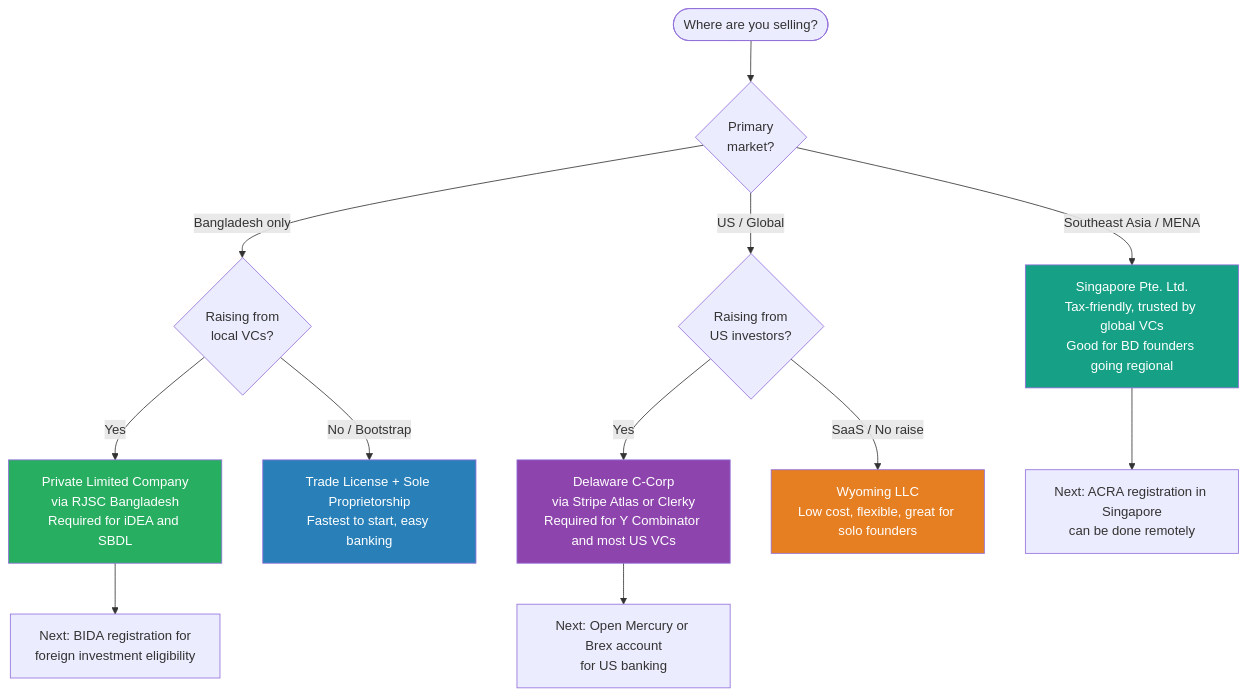
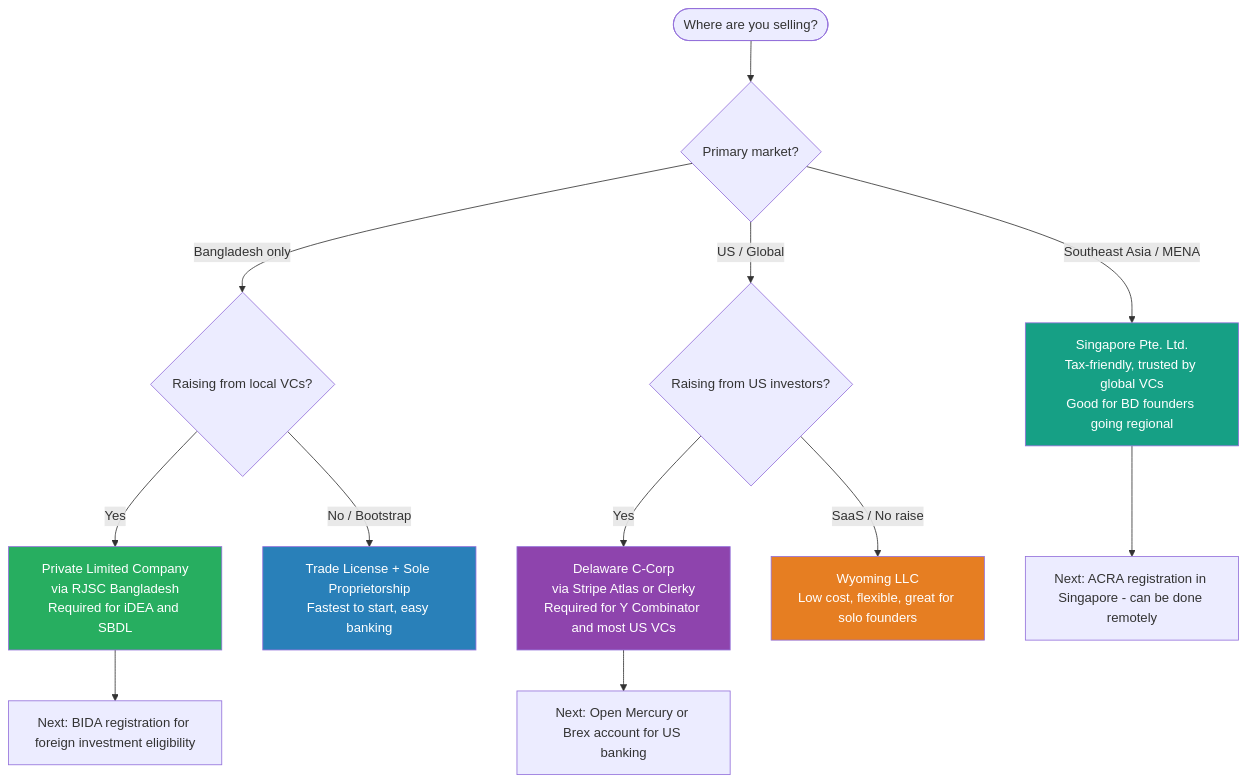
One commit to Mahir101/startup-boot changed diagram 15 of 18 in README.md. Above: the diagram before and after it, drawn with Mermaid. The commit also changed other lines of this file, not shown here.

Commit message:
fix formatting issues in decision tree flowchart and improve readability in README

````diff
--- a/README.md
+++ b/README.md
@@ -566,24 +566,24 @@
 ```mermaid
 flowchart TD
-    Start([Where are you selling?]) --> Q1{Primary\nmarket?}
+    Start([Where are you selling?]) --> Q1{Primary market?}
 
-    Q1 -->|Bangladesh only| Q2{Raising from\nlocal VCs?}
-    Q2 -->|Yes| E1[Private Limited Company\nvia RJSC Bangladesh\nRequired for iDEA and SBDL]
-    Q2 -->|No / Bootstrap| E2[Trade License + Sole Proprietorship\nFastest to start, easy banking]
+    Q1 -->|Bangladesh only| Q2{Raising from local VCs?}
+    Q2 -->|Yes| E1["Private Limited Company\nvia RJSC Bangladesh\nRequired for iDEA and SBDL"]
+    Q2 -->|No / Bootstrap| E2["Trade License + Sole Proprietorship\nFastest to start, easy banking"]
 
-    Q1 -->|US / Global| Q3{Raising from\nUS investors?}
-    Q3 -->|Yes| E3[Delaware C-Corp\nvia Stripe Atlas or Clerky\nRequired for Y Combinator and most US VCs]
-    Q3 -->|SaaS / No raise| E4[Wyoming LLC\nLow cost, flexible, great for solo founders]
+    Q1 -->|US / Global| Q3{Raising from US investors?}
+    Q3 -->|Yes| E3["Delaware C-Corp\nvia Stripe Atlas or Clerky\nRequired for Y Combinator and most US VCs"]
+    Q3 -->|SaaS / No raise| E4["Wyoming LLC\nLow cost, flexible, great for solo founders"]
 
-    Q1 -->|Southeast Asia / MENA| E5[Singapore Pte. Ltd.\nTax-friendly, trusted by global VCs\nGood for BD founders going regional]
+    Q1 -->|Southeast Asia / MENA| E5["Singapore Pte. Ltd.\nTax-friendly, trusted by global VCs\nGood for BD founders going regional"]
 
-    E1 --> N1[Next: BIDA registration for\nforeign investment eligibility]
-    E3 --> N2[Next: Open Mercury or Brex account\nfor US banking]
-    E5 --> N3[Next: ACRA registration in Singapore\ncan be done remotely]
+    E1 --> N1["Next: BIDA registration for foreign investment eligibility"]
+    E3 --> N2["Next: Open Mercury or Brex account for US banking"]
+    E5 --> N3["Next: ACRA registration in Singapore - can be done remotely"]
 
     style E1 fill:#27ae60,color:#fff
     style E2 fill:#2980b9,color:#fff
     style E3 fill:#8e44ad,color:#fff
     style E4 fill:#e67e22,color:#fff
     style E5 fill:#16a085,color:#fff
 ```
````
